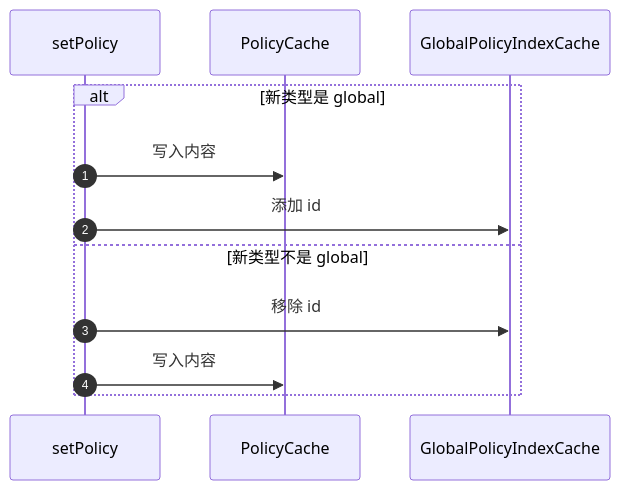
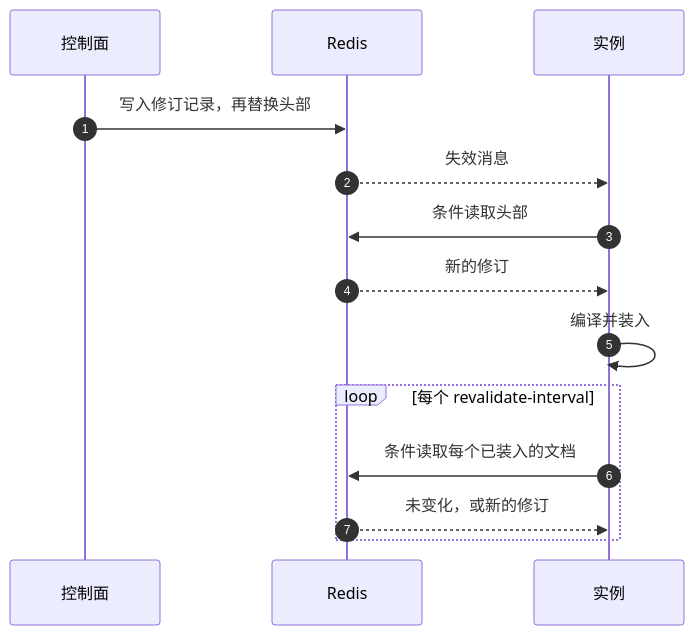
Before and after one commit to Ahoo-Wang/CoSec: the diagram in wiki/zh/operations/storage.md, drawn with Mermaid. The commit also changed other lines of this file and 54 other files, not shown here.

````diff
--- a/wiki/zh/operations/storage.md
+++ b/wiki/zh/operations/storage.md
@@ -247,14 +122,16 @@
 ```mermaid
 sequenceDiagram
     autonumber
-    participant W as setPolicy
-    participant C as PolicyCache
-    participant I as GlobalPolicyIndexCache
-    alt 新类型是 global
-        W->>C: 写入内容
-        W->>I: 添加 id
-    else 新类型不是 global
-        W->>I: 移除 id
-        W->>C: 写入内容
+    participant CP as 控制面
+    participant R as Redis
+    participant I as 实例
+    CP->>R: 写入修订记录，再替换头部
+    R-->>I: 失效消息
+    I->>R: 条件读取头部
+    R-->>I: 新的修订
+    I->>I: 编译并装入
+    loop 每个 revalidate-interval
+        I->>R: 条件读取每个已装入的文档
+        R-->>I: 未变化，或新的修订
     end
 ```
````
